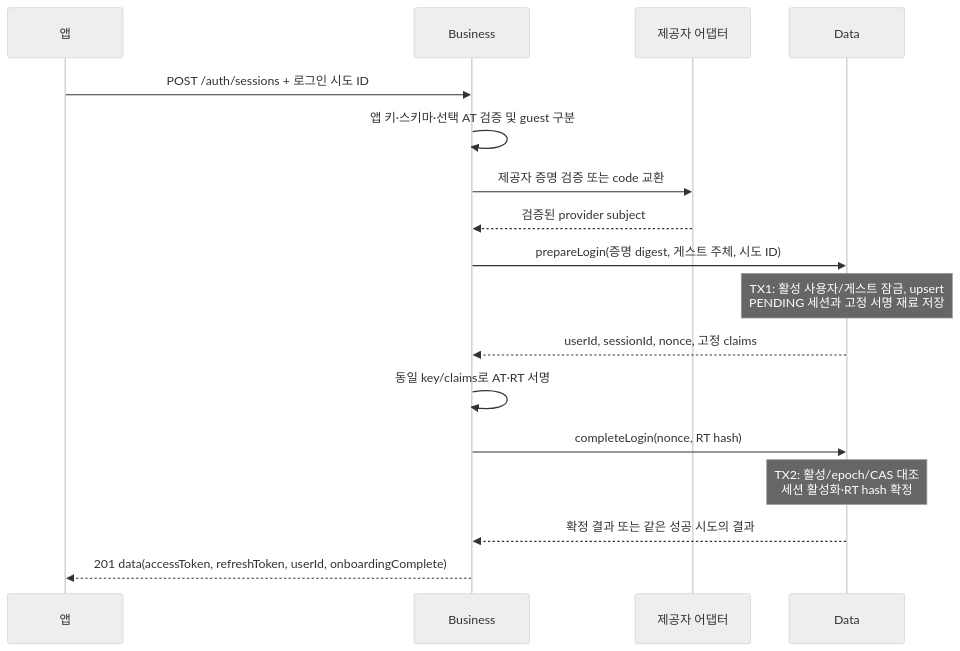
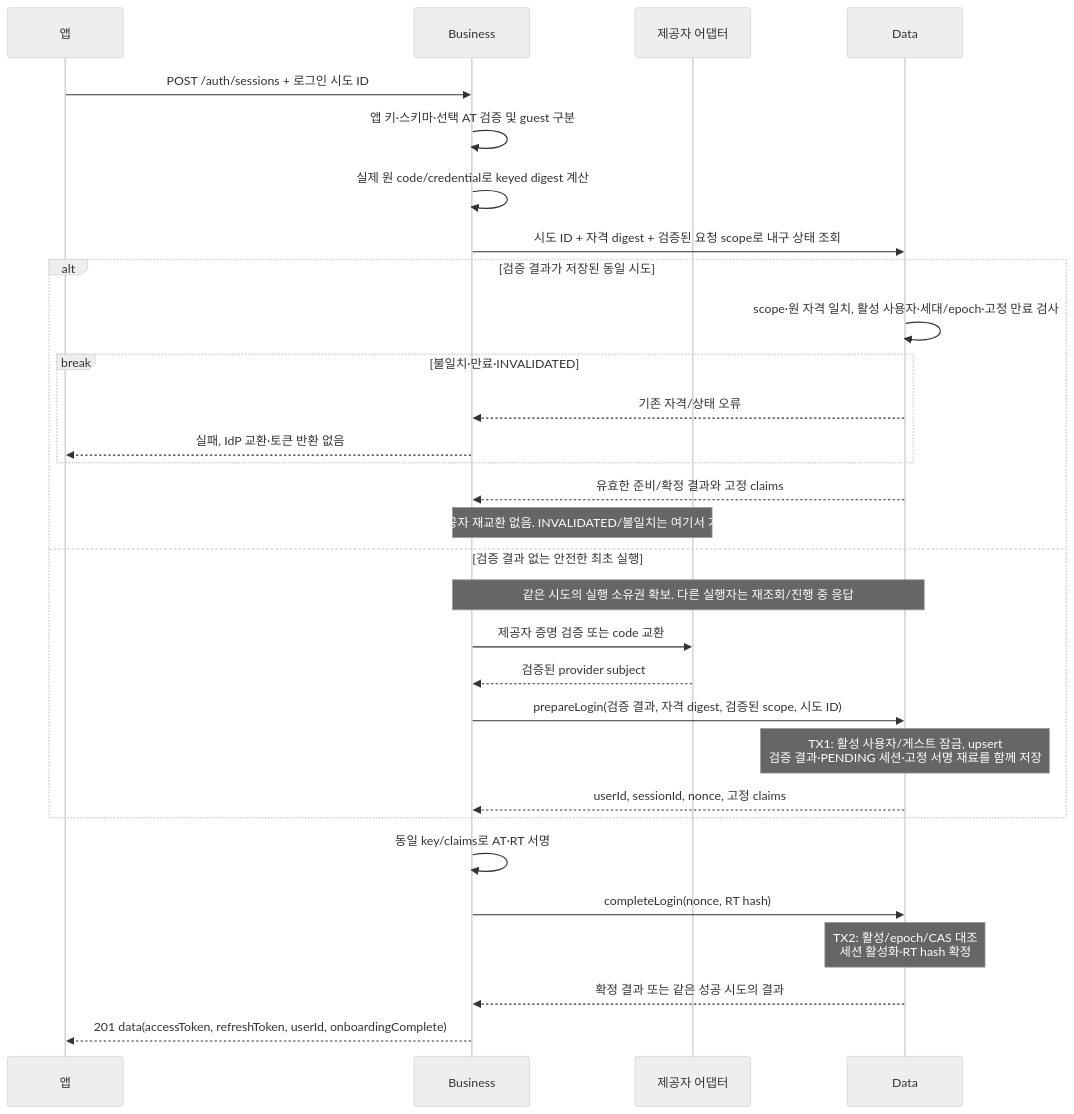
The second of 5 diagrams in docs/prd/account/high-level-design.md (OneOrThree/phone), drawn with Mermaid (neutral theme) before and after one commit. The commit also changed other lines of this file and 4 other files, not shown here.

Commit message:
docs(GROMO-1756): 로그인 재개 시 제공자 재교환 방지

````diff
--- a/docs/prd/account/high-level-design.md
+++ b/docs/prd/account/high-level-design.md
@@ -39,19 +39,32 @@
 ```mermaid
 sequenceDiagram
     participant A as 앱
     participant B as Business
     participant P as 제공자 어댑터
     participant D as Data
     A->>B: POST /auth/sessions + 로그인 시도 ID
     B->>B: 앱 키·스키마·선택 AT 검증 및 guest 구분
-    B->>P: 제공자 증명 검증 또는 code 교환
-    P-->>B: 검증된 provider subject
-    B->>D: prepareLogin(증명 digest, 게스트 주체, 시도 ID)
-    Note over D: TX1: 활성 사용자/게스트 잠금, upsert<br/>PENDING 세션과 고정 서명 재료 저장
-    D-->>B: userId, sessionId, nonce, 고정 claims
+    B->>B: 실제 원 code/credential로 keyed digest 계산
+    B->>D: 시도 ID + 자격 digest + 검증된 요청 scope로 내구 상태 조회
+    alt 검증 결과가 저장된 동일 시도
+        D->>D: scope·원 자격 일치, 활성 사용자·세대/epoch·고정 만료 검사
+        break 불일치·만료·INVALIDATED
+            D-->>B: 기존 자격/상태 오류
+            B-->>A: 실패, IdP 교환·토큰 반환 없음
+        end
+        D-->>B: 유효한 준비/확정 결과와 고정 claims
+        Note over B,P: 제공자 재교환 없음. INVALIDATED/불일치는 여기서 거절
+    else 검증 결과 없는 안전한 최초 실행
+        Note over B,D: 같은 시도의 실행 소유권 확보. 다른 실행자는 재조회/진행 중 응답
+        B->>P: 제공자 증명 검증 또는 code 교환
+        P-->>B: 검증된 provider subject
+        B->>D: prepareLogin(검증 결과, 자격 digest, 검증된 scope, 시도 ID)
+        Note over D: TX1: 활성 사용자/게스트 잠금, upsert<br/>검증 결과·PENDING 세션·고정 서명 재료를 함께 저장
+        D-->>B: userId, sessionId, nonce, 고정 claims
+    end
     B->>B: 동일 key/claims로 AT·RT 서명
     B->>D: completeLogin(nonce, RT hash)
     Note over D: TX2: 활성/epoch/CAS 대조<br/>세션 활성화·RT hash 확정
     D-->>B: 확정 결과 또는 같은 성공 시도의 결과
     B-->>A: 201 data(accessToken, refreshToken, userId, onboardingComplete)
 ```
````
